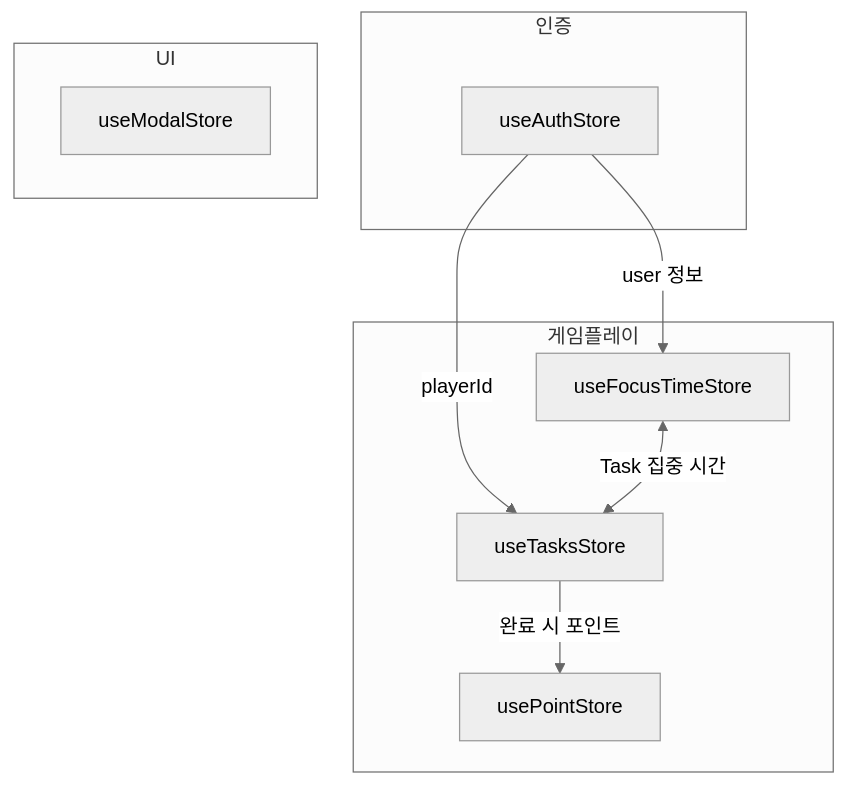
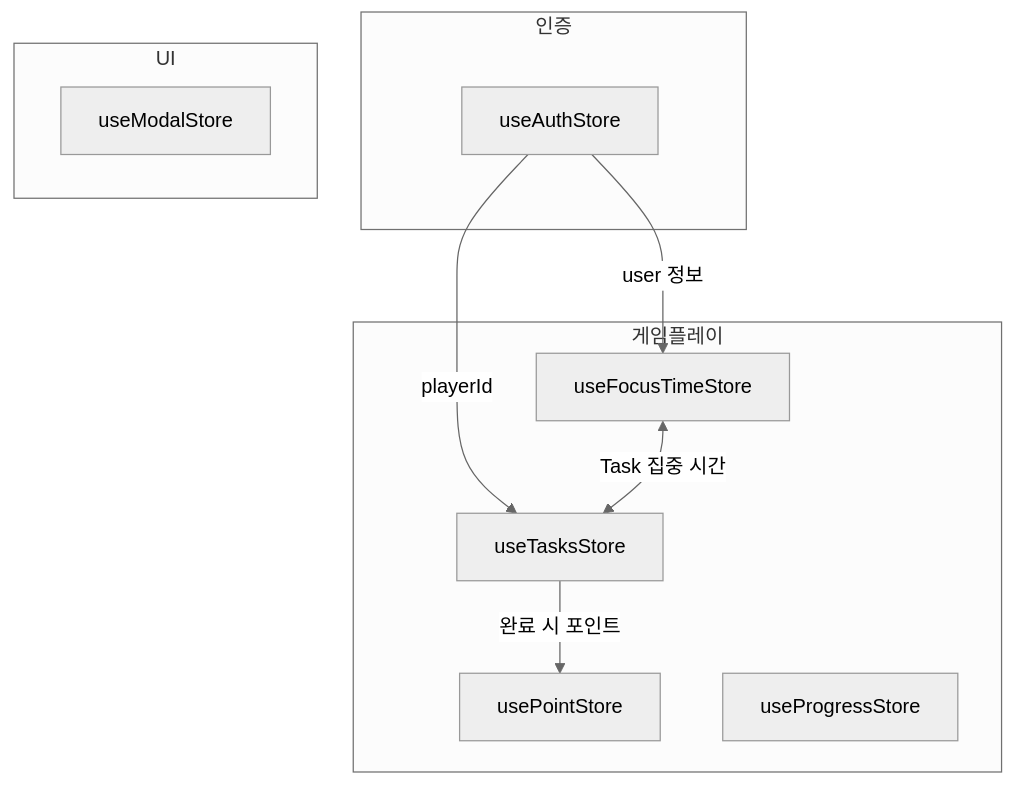
Before and after one commit to boostcampwm2025/web19-estrogenquattro: the second of 2 diagrams in docs/architecture/STATE_MANAGEMENT.md, drawn with Mermaid (neutral theme). The commit also changed other lines of this file and 6 other files, not shown here.

First line of the commit message:
docs: 문서 동기화 (ERD, API, 아키텍처)

````diff
--- a/docs/architecture/STATE_MANAGEMENT.md
+++ b/docs/architecture/STATE_MANAGEMENT.md
@@ -220,21 +243,22 @@
 ```mermaid
 flowchart TB
     subgraph 인증
         Auth[useAuthStore]
     end
 
     subgraph 게임플레이
         Focus[useFocusTimeStore]
         Tasks[useTasksStore]
         Point[usePointStore]
+        Progress[useProgressStore]
     end
 
     subgraph UI
         Modal[useModalStore]
     end
 
     Auth -->|user 정보| Focus
     Auth -->|playerId| Tasks
     Focus <-->|Task 집중 시간| Tasks
     Tasks -->|완료 시 포인트| Point
 ```
````
